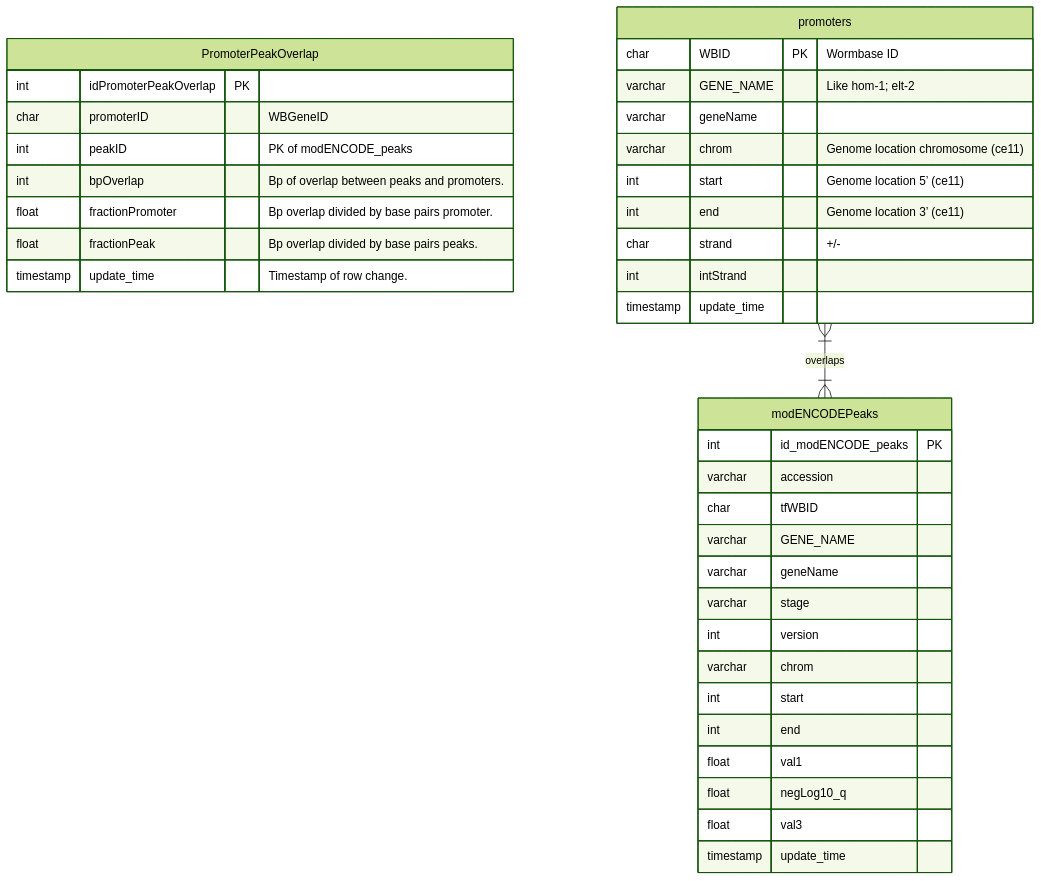
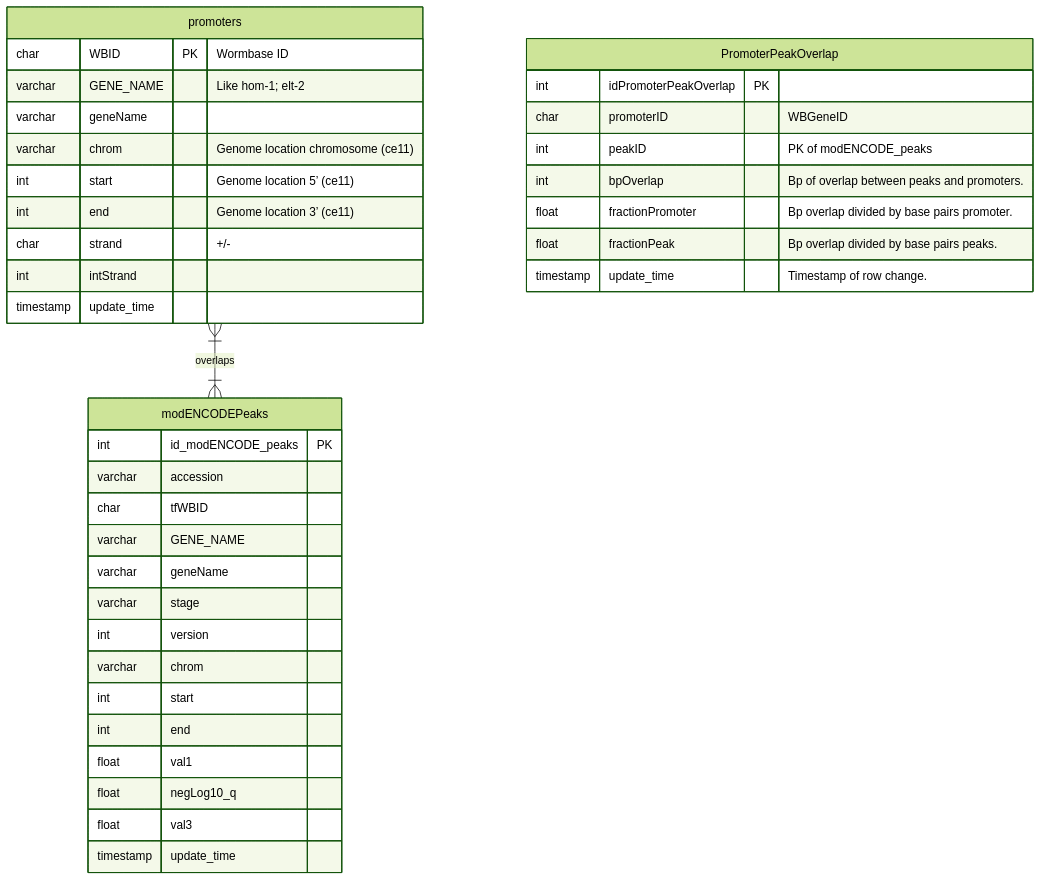
The first of 6 diagrams in README.md (meekrob/OnishRDB), drawn with Mermaid (forest theme) before and after one commit. The commit also changed other lines of this file, not shown here.

````diff
--- a/README.md
+++ b/README.md
@@ -92,45 +92,45 @@
 ```mermaid
 erDiagram
-
-PromoterPeakOverlap {
-int idPromoterPeakOverlap PK ""
-char promoterID  "WBGeneID"
-int peakID  "PK of modENCODE_peaks"
-int bpOverlap  "Bp of overlap between peaks and promoters."
-float fractionPromoter  "Bp overlap divided by base pairs promoter."
-float fractionPeak  "Bp overlap divided by base pairs peaks."
-timestamp update_time  "Timestamp of row change."
-}
 
 promoters }|--|{ modENCODEPeaks : overlaps
 promoters {
 char WBID PK "Wormbase ID"
 varchar GENE_NAME  "Like hom-1; elt-2"
 varchar geneName  ""
 varchar chrom  "Genome location chromosome (ce11)"
 int start  "Genome location 5’  (ce11)"
 int end  "Genome location 3’ (ce11)"
 char strand  "+/-"
 int intStrand  ""
 timestamp update_time  ""
+}
+
+PromoterPeakOverlap {
+int idPromoterPeakOverlap PK ""
+char promoterID  "WBGeneID"
+int peakID  "PK of modENCODE_peaks"
+int bpOverlap  "Bp of overlap between peaks and promoters."
+float fractionPromoter  "Bp overlap divided by base pairs promoter."
+float fractionPeak  "Bp overlap divided by base pairs peaks."
+timestamp update_time  "Timestamp of row change."
 }
 
 modENCODEPeaks {
 int id_modENCODE_peaks PK
 varchar accession 
 char tfWBID 
 varchar GENE_NAME 
 varchar geneName 
 varchar stage 
 int version 
 varchar chrom 
 int start 
 int end 
 float val1 
 float negLog10_q 
 float val3 
 timestamp update_time 
 }
 
 
 ```
````
